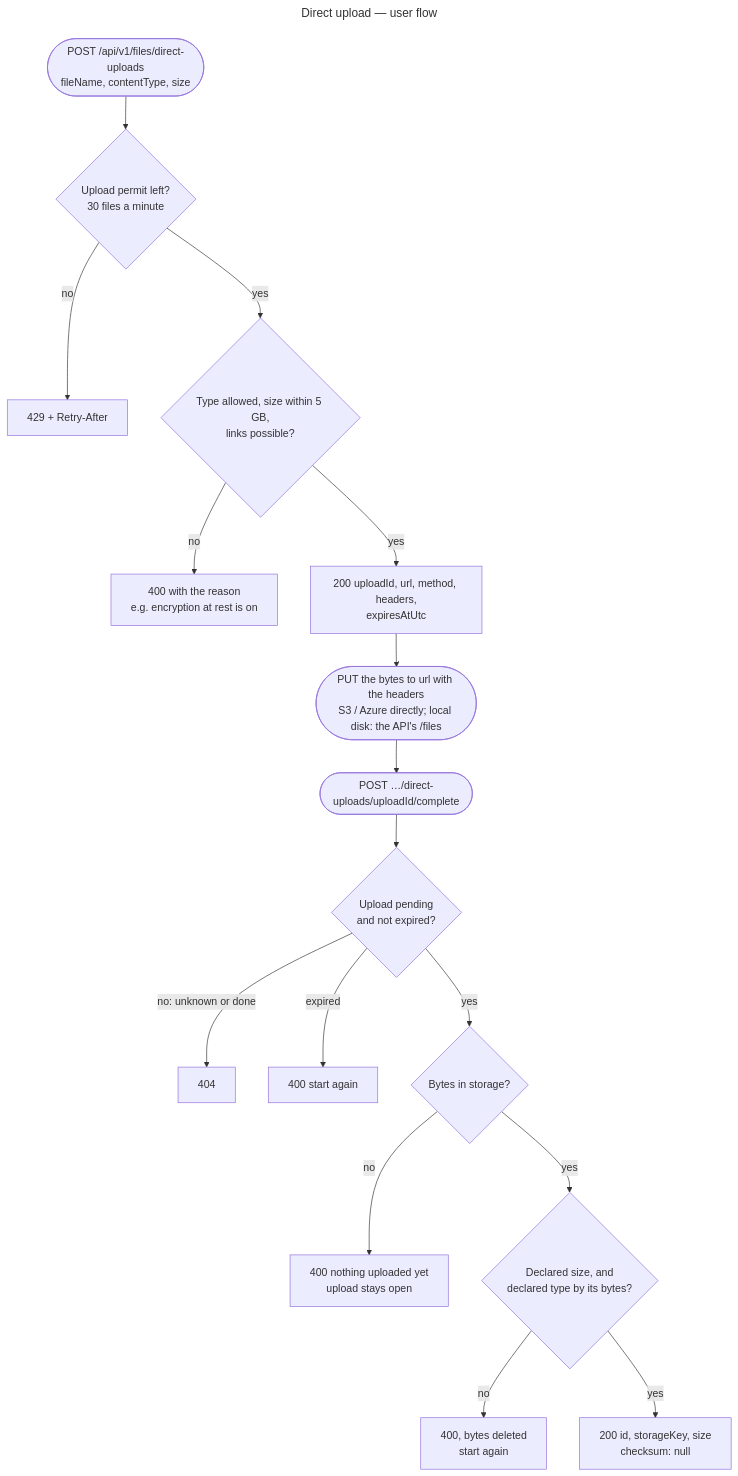
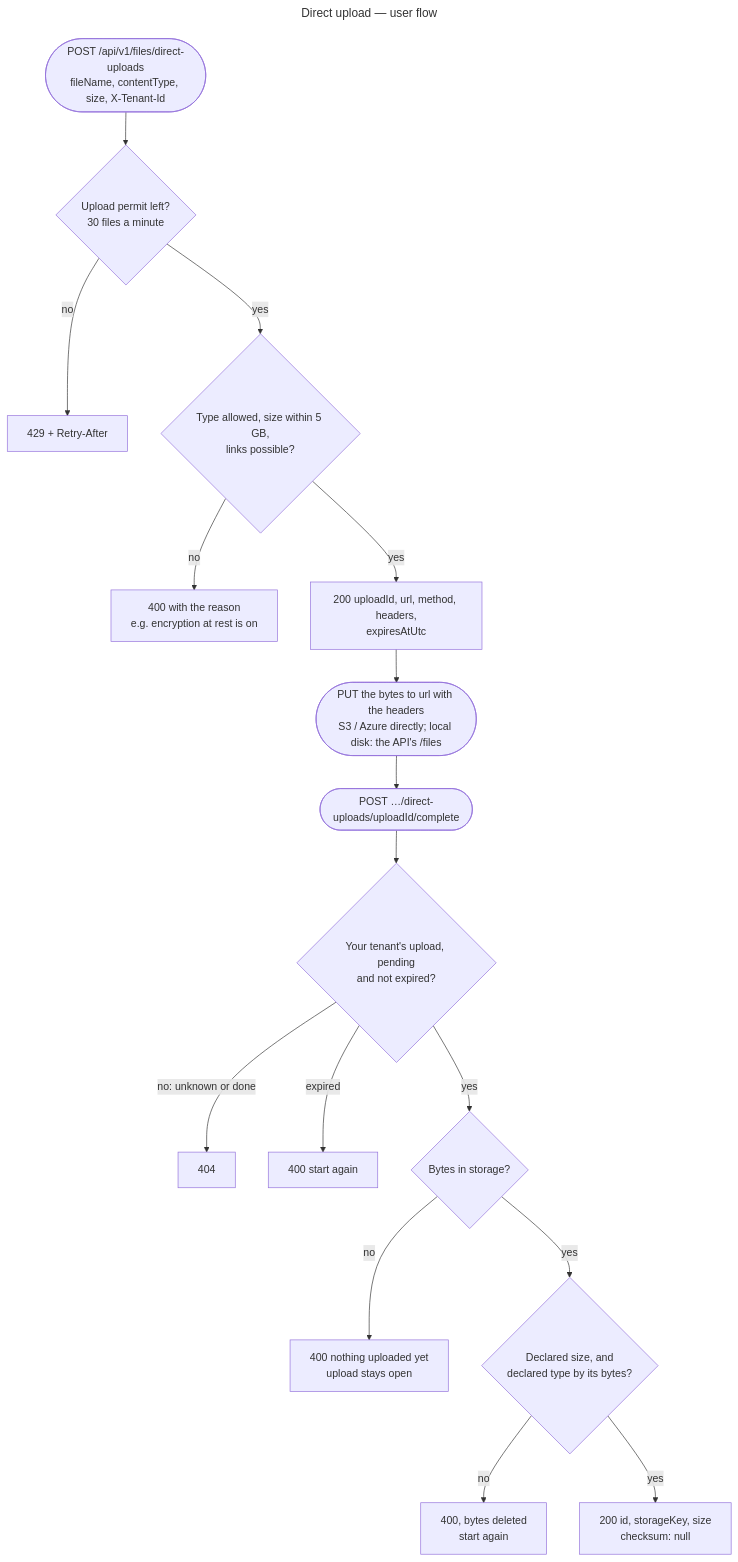
Before and after one commit to gmetskhvarishvili/GM.FileStorage.Samples: the fifth of 12 diagrams in docs/user-flows.md, drawn with Mermaid. The commit also changed other lines of this file and 23 other files, not shown here.

````diff
--- a/docs/user-flows.md
+++ b/docs/user-flows.md
@@ -129,21 +136,21 @@
 ```mermaid
 ---
 title: Direct upload — user flow
 ---
 flowchart TD
-    start([POST /api/v1/files/direct-uploads<br/>fileName, contentType, size]) --> quota{Upload permit left?<br/>30 files a minute}
+    start([POST /api/v1/files/direct-uploads<br/>fileName, contentType, size, X-Tenant-Id]) --> quota{Upload permit left?<br/>30 files a minute}
     quota -- no --> q429[429 + Retry-After]
     quota -- yes --> rules{Type allowed, size within 5 GB,<br/>links possible?}
     rules -- no --> r400[400 with the reason<br/>e.g. encryption at rest is on]
     rules -- yes --> link[200 uploadId, url, method, headers,<br/>expiresAtUtc]
     link --> put([PUT the bytes to url with the headers<br/>S3 / Azure directly; local disk: the API's /files])
     put --> done([POST …/direct-uploads/uploadId/complete])
-    done --> found{Upload pending<br/>and not expired?}
+    done --> found{Your tenant's upload, pending<br/>and not expired?}
     found -- "no: unknown or done" --> n404[404]
     found -- expired --> e400[400 start again]
     found -- yes --> there{Bytes in storage?}
     there -- no --> t400[400 nothing uploaded yet<br/>upload stays open]
     there -- yes --> match{Declared size, and<br/>declared type by its bytes?}
     match -- no --> m400[400, bytes deleted<br/>start again]
     match -- yes --> ok[200 id, storageKey, size<br/>checksum: null]
 ```
````
